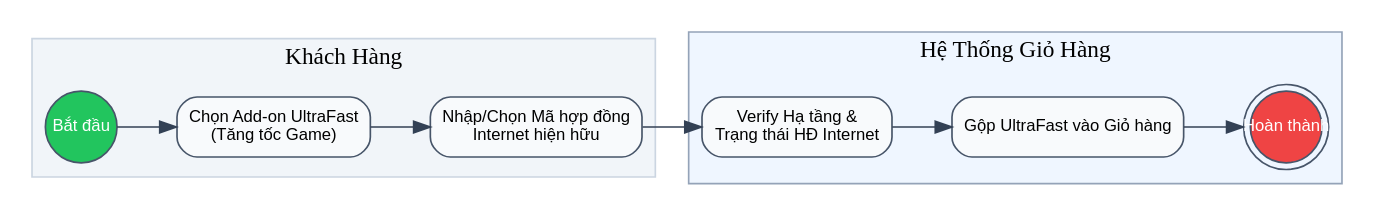
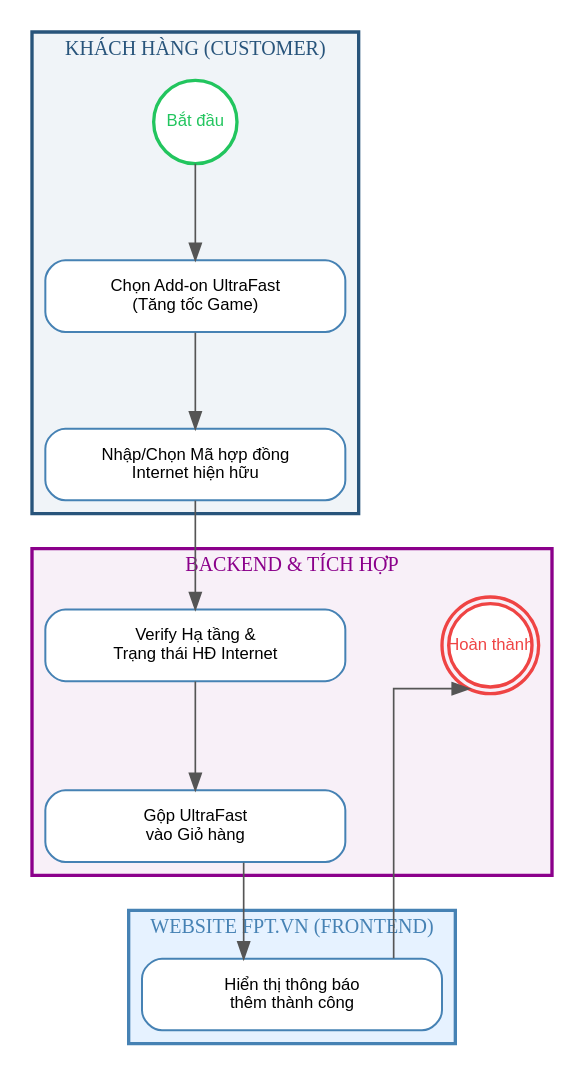
Before and after one commit to hathuy2706-BA/FPT: the diagram in diagrams/bpmn_fr06_ultrafast.dot, drawn with Graphviz. The commit also changed 19 other files, not shown here.

Commit message:
docs: Redraw BPMN diagrams with professional vertical swimlane layout (FPT.vn standard style) and re-embed to docs

```diff
--- a/diagrams/bpmn_fr06_ultrafast.dot
+++ b/diagrams/bpmn_fr06_ultrafast.dot
@@ -1,25 +1,41 @@
 
 digraph G {
-    rankdir=LR; bgcolor="white";
-    node [fontname="Arial", fontsize=10, shape=box, style="filled,rounded", fillcolor="#F8FAFC", color="#475569"];
-    edge [fontname="Arial", fontsize=9, color="#334155"];
 
-    subgraph cluster_user {
-        label="Khách Hàng"; style=filled; fillcolor="#F1F5F9"; color="#CBD5E1";
-        start [label="Bắt đầu", shape=circle, fillcolor="#22C55E", fontcolor="white", width=0.6, fixedsize=true];
-        select_addon [label="Chọn Add-on UltraFast
-(Tăng tốc Game)"];
-        link_contract [label="Nhập/Chọn Mã hợp đồng
-Internet hiện hữu"];
+    rankdir=TB;
+    splines=ortho;
+    nodesep=0.8;
+    ranksep=0.8;
+    node [fontname="Arial", fontsize=10, shape=box, style="rounded,filled", fillcolor="white", color="#4682B4", penwidth=1.2, width=2.5, height=0.6];
+    edge [fontname="Arial", fontsize=9, color="#555555", penwidth=1.0];
+
+
+    subgraph cluster_customer {
+        label="KHÁCH HÀNG (CUSTOMER)";
+        style=filled; color="#28547B"; fillcolor="#F0F4F8"; penwidth=2;
+        fontcolor="#28547B"; fontsize=12; fontname="Arial bold"; labelloc="t"; labeljust="c";
+
+        start [label="Bắt đầu", shape=circle, style="filled", fillcolor="white", color="#22C55E", fontcolor="#22C55E", penwidth=2, width=0.7, fixedsize=true];
+        select_addon [label="Chọn Add-on UltraFast\n(Tăng tốc Game)"];
+        link_contract [label="Nhập/Chọn Mã hợp đồng\nInternet hiện hữu"];
     }
 
-    subgraph cluster_system {
-        label="Hệ Thống Giỏ Hàng"; style=filled; fillcolor="#EFF6FF"; color="#94A3B8";
-        verify_contract [label="Verify Hạ tầng &
-Trạng thái HĐ Internet"];
-        bind_addon [label="Gộp UltraFast vào Giỏ hàng"];
-        end [label="Hoàn thành", shape=doublecircle, fillcolor="#EF4444", fontcolor="white", width=0.6, fixedsize=true];
+    subgraph cluster_fe {
+        label="WEBSITE FPT.VN (FRONTEND)";
+        style=filled; color="#4682B4"; fillcolor="#E6F2FF"; penwidth=2;
+        fontcolor="#4682B4"; fontsize=12; fontname="Arial bold"; labelloc="t"; labeljust="c";
+
+        display_success [label="Hiển thị thông báo\nthêm thành công"];
     }
 
-    start -> select_addon -> link_contract -> verify_contract -> bind_addon -> end;
+    subgraph cluster_be {
+        label="BACKEND & TÍCH HỢP";
+        style=filled; color="#8B008B"; fillcolor="#F8F0F8"; penwidth=2;
+        fontcolor="#8B008B"; fontsize=12; fontname="Arial bold"; labelloc="t"; labeljust="c";
+
+        verify_contract [label="Verify Hạ tầng &\nTrạng thái HĐ Internet"];
+        bind_addon [label="Gộp UltraFast\nvào Giỏ hàng"];
+        end [label="Hoàn thành", shape=doublecircle, style="filled", fillcolor="white", color="#EF4444", fontcolor="#EF4444", penwidth=2, width=0.7, fixedsize=true];
+    }
+
+    start -> select_addon -> link_contract -> verify_contract -> bind_addon -> display_success -> end;
 }
```
